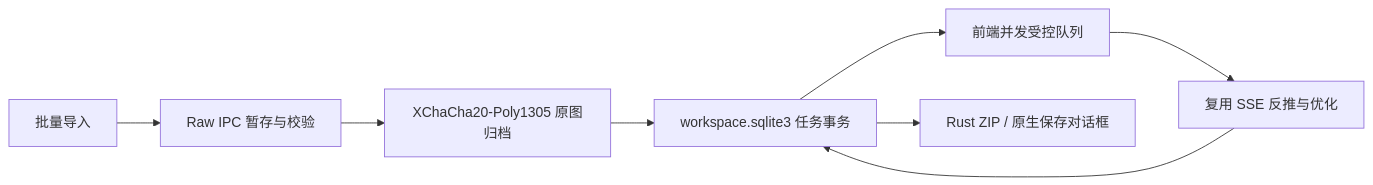
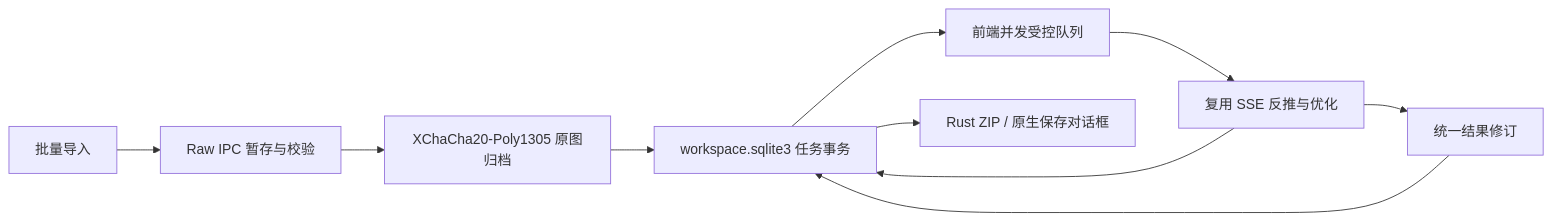
Before and after one commit to 840103818/huiyao: the second of 2 diagrams in docs/engineering/architecture.md, drawn with Mermaid. The commit also changed other lines of this file and 64 other files, not shown here.

````diff
--- a/docs/engineering/architecture.md
+++ b/docs/engineering/architecture.md
@@ -22,10 +22,12 @@
 ```mermaid
 flowchart LR
   Import["批量导入"] --> Stage["Raw IPC 暂存与校验"]
   Stage --> Encrypt["XChaCha20-Poly1305 原图归档"]
   Encrypt --> SQLite["workspace.sqlite3 任务事务"]
   SQLite --> Queue["前端并发受控队列"]
   Queue --> Stream["复用 SSE 反推与优化"]
   Stream --> SQLite
+  Stream --> Revision["统一结果修订"]
+  Revision --> SQLite
   SQLite --> Export["Rust ZIP / 原生保存对话框"]
 ```
````
